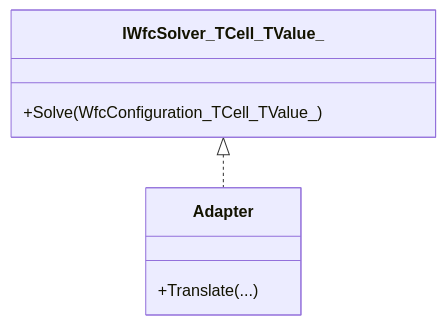
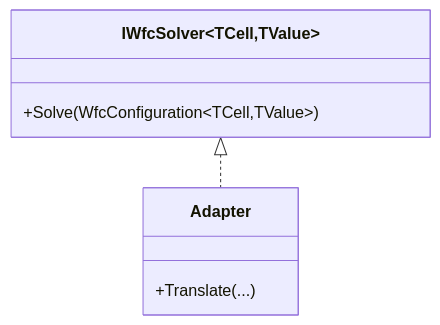
The diagram in docs/plans/wfc-completion-plan/library-abstraction.md (JohnLudlow/MonoGameSamples.TerrainGeneration2D), drawn with Mermaid before and after one commit. The commit also changed other lines of this file and 50 other files, not shown here.

````diff
--- a/docs/plans/wfc-completion-plan/library-abstraction.md
+++ b/docs/plans/wfc-completion-plan/library-abstraction.md
@@ -45,10 +45,10 @@
 ```mermaid
 classDiagram
-    class IWfcSolver_TCell_TValue_ {
-        +Solve(WfcConfiguration_TCell_TValue_)
+    class IWfcSolver~TCell,TValue~ {
+        +Solve(WfcConfiguration~TCell,TValue~)
     }
     class Adapter {
         +Translate(...)
     }
-    IWfcSolver_TCell_TValue_ <|.. Adapter
+    IWfcSolver~TCell,TValue~ <|.. Adapter
 ```
````
